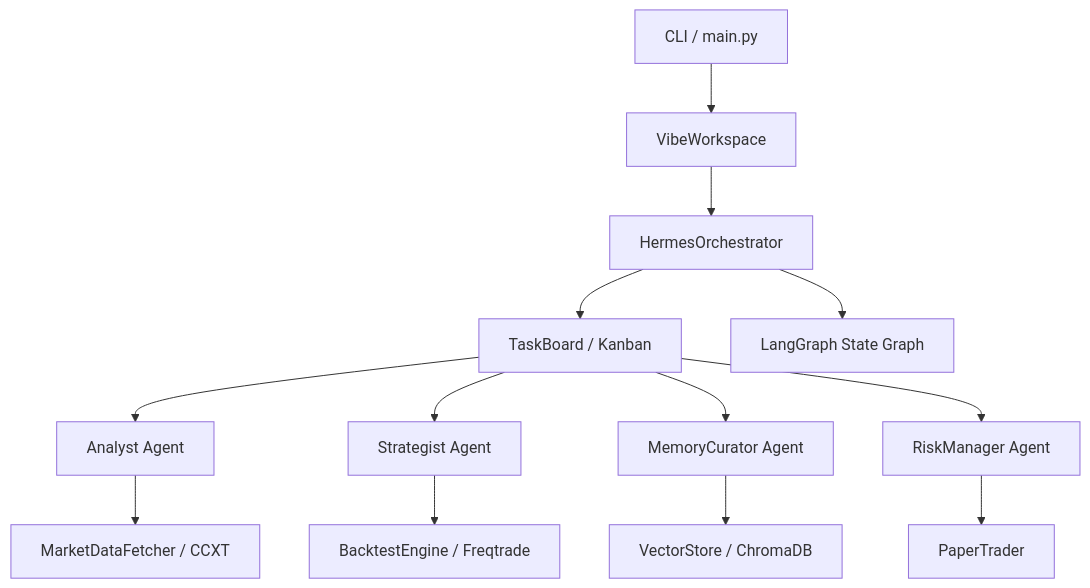
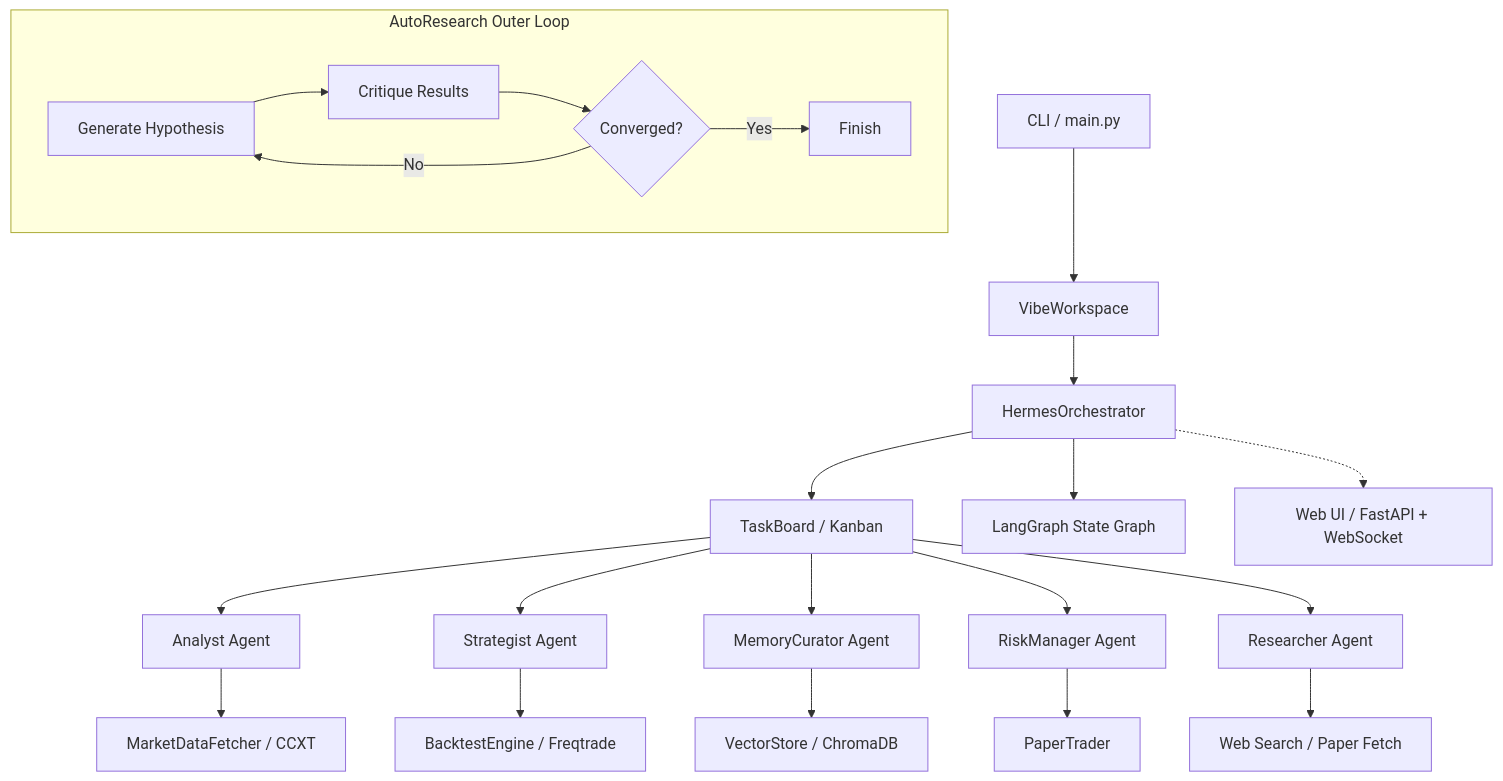
Before and after one commit to 4mrm4/crypto-agent-bot: the diagram in README.md, drawn with Mermaid. The commit also changed other lines of this file, not shown here.

Commit message:
Update README with 4 upgrades architecture, Web UI, strategy types

````diff
--- a/README.md
+++ b/README.md
@@ -7,15 +7,25 @@
 ```mermaid
 graph TD
     CLI[CLI / main.py] --> WS[VibeWorkspace]
     WS --> HERMES[HermesOrchestrator]
     HERMES --> BOARD[TaskBoard / Kanban]
     HERMES --> GRAPH[LangGraph State Graph]
     BOARD --> ANALYST[Analyst Agent]
     BOARD --> STRATEGIST[Strategist Agent]
     BOARD --> CURATOR[MemoryCurator Agent]
     BOARD --> RISK[RiskManager Agent]
+    BOARD --> RESEARCHER[Researcher Agent]
     ANALYST --> FETCHER[MarketDataFetcher / CCXT]
     STRATEGIST --> ENGINE[BacktestEngine / Freqtrade]
     CURATOR --> MEMORY[VectorStore / ChromaDB]
     RISK --> PAPER[PaperTrader]
+    RESEARCHER --> WEB[Web Search / Paper Fetch]
+    HERMES -.-> UI[Web UI / FastAPI + WebSocket]
+
+    subgraph "AutoResearch Outer Loop"
+        HYP[Generate Hypothesis] --> CRIT[Critique Results]
+        CRIT --> CONV{Converged?}
+        CONV -->|No| HYP
+        CONV -->|Yes| DONE[Finish]
+    end
 ```
````
